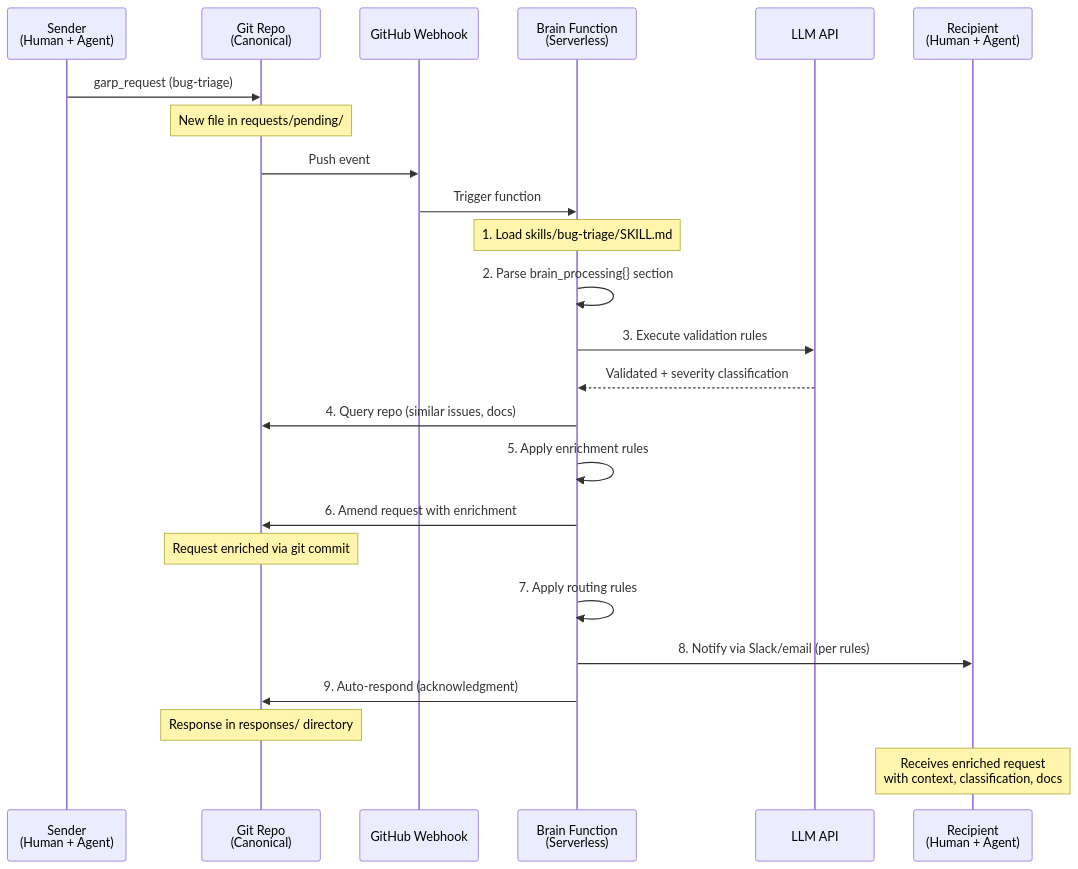
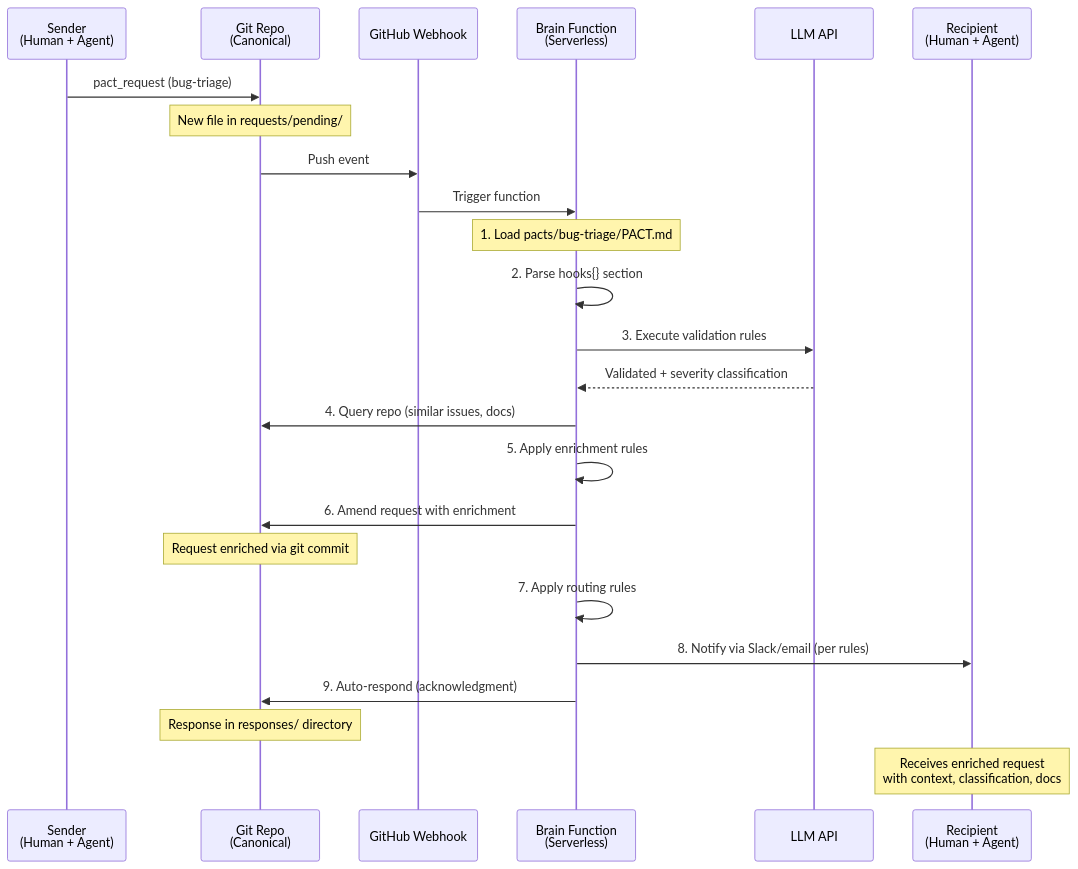
Before and after one commit to snidelycapon/pact: the diagram in docs/research/tier2-brain-lessons-Feb-22.md, drawn with Mermaid. The commit also changed other lines of this file and 242 other files, not shown here.

First line of the commit message:
chore: rename garp to pact across entire codebase

````diff
--- a/docs/research/tier2-brain-lessons-Feb-22.md
+++ b/docs/research/tier2-brain-lessons-Feb-22.md
@@ -107,35 +107,35 @@
 ```mermaid
 sequenceDiagram
     participant Sender as Sender<br/>(Human + Agent)
     participant Git as Git Repo<br/>(Canonical)
     participant Webhook as GitHub Webhook
     participant Brain as Brain Function<br/>(Serverless)
     participant LLM as LLM API
     participant Recipient as Recipient<br/>(Human + Agent)
 
-    Sender->>Git: garp_request (bug-triage)
+    Sender->>Git: pact_request (bug-triage)
     Note over Git: New file in requests/pending/
 
     Git->>Webhook: Push event
     Webhook->>Brain: Trigger function
 
-    Note over Brain: 1. Load skills/bug-triage/SKILL.md
-    Brain->>Brain: 2. Parse brain_processing{} section
+    Note over Brain: 1. Load pacts/bug-triage/PACT.md
+    Brain->>Brain: 2. Parse hooks{} section
 
     Brain->>LLM: 3. Execute validation rules
     LLM-->>Brain: Validated + severity classification
 
     Brain->>Git: 4. Query repo (similar issues, docs)
     Brain->>Brain: 5. Apply enrichment rules
 
     Brain->>Git: 6. Amend request with enrichment
     Note over Git: Request enriched via git commit
 
     Brain->>Brain: 7. Apply routing rules
     Brain->>Recipient: 8. Notify via Slack/email (per rules)
 
     Brain->>Git: 9. Auto-respond (acknowledgment)
     Note over Git: Response in responses/ directory
 
     Note over Recipient: Receives enriched request<br/>with context, classification, docs
 ```
````
